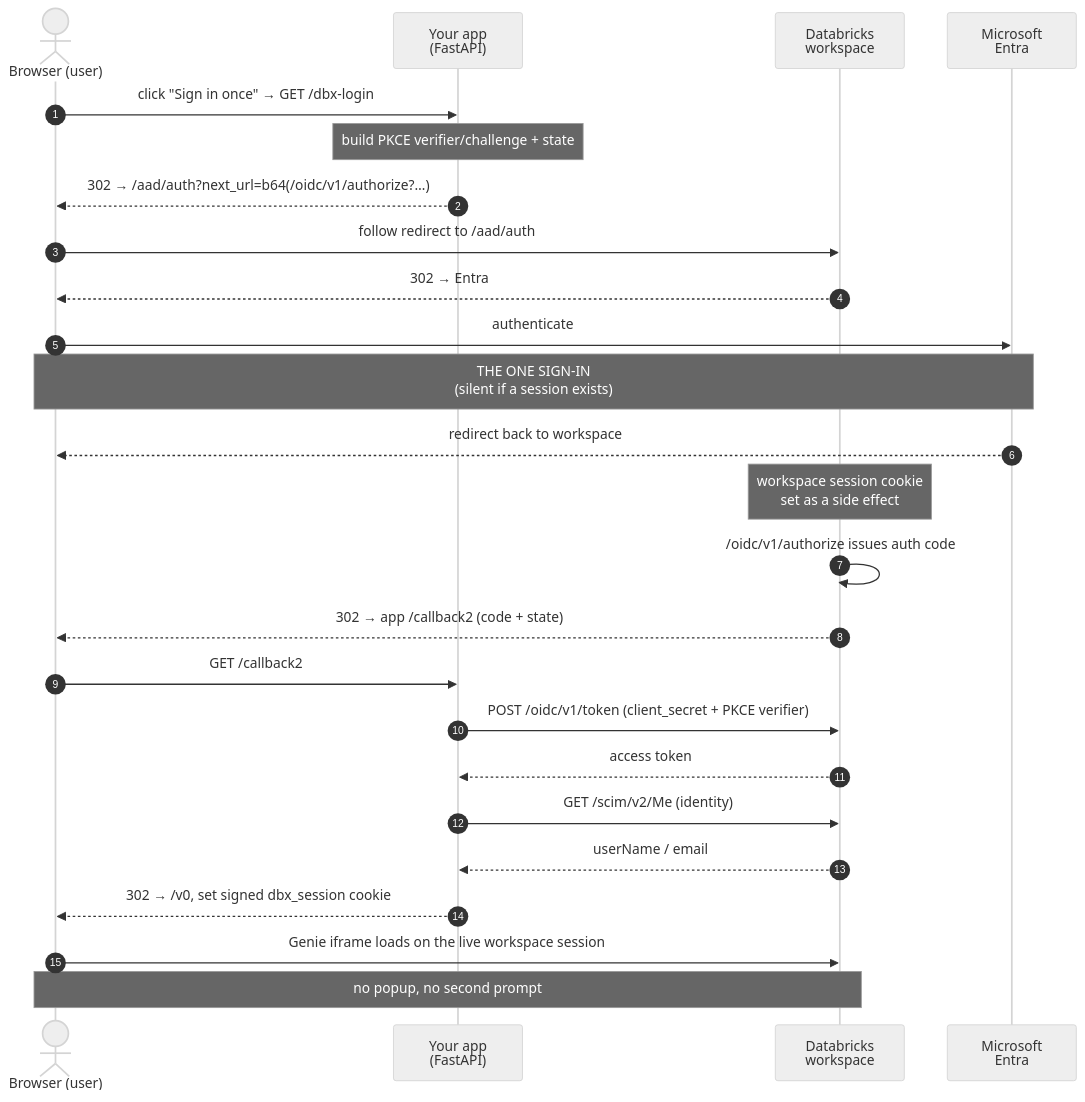
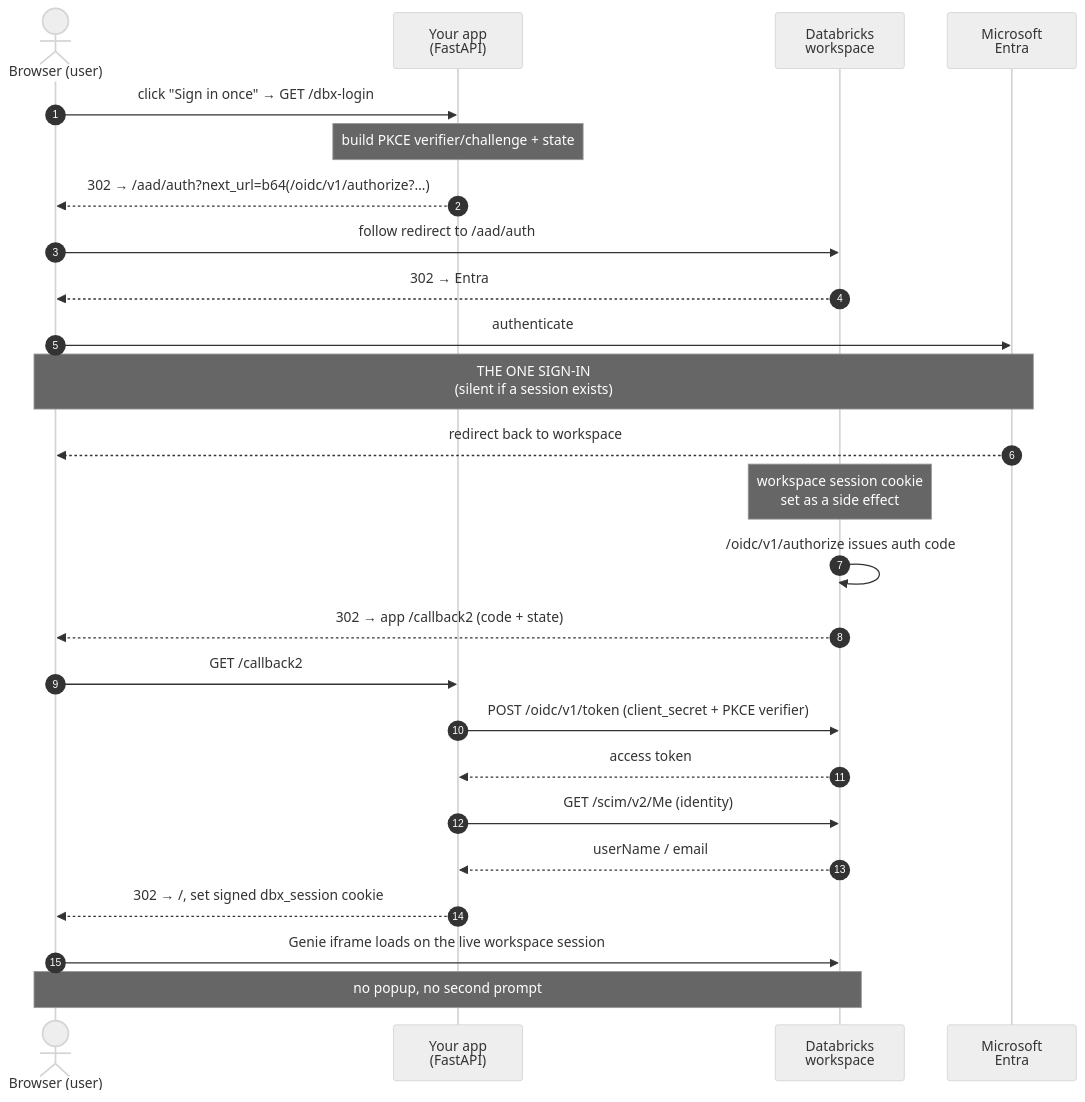
The second of 2 diagrams in README.md (sean-zhang-dbx/genie-sso-embedding), drawn with Mermaid (neutral theme) before and after one commit. The commit also changed other lines of this file and 2 other files, not shown here.

First line of the commit message:
Simplify to the zero-popup SSO flow only

````diff
--- a/README.md
+++ b/README.md
@@ -81,28 +77,28 @@
 ```mermaid
 sequenceDiagram
     autonumber
     actor U as Browser (user)
     participant A as Your app<br/>(FastAPI)
     participant W as Databricks<br/>workspace
     participant E as Microsoft<br/>Entra
 
     U->>A: click "Sign in once" → GET /dbx-login
     Note over A: build PKCE verifier/challenge + state
     A-->>U: 302 → /aad/auth?next_url=b64(/oidc/v1/authorize?…)
     U->>W: follow redirect to /aad/auth
     W-->>U: 302 → Entra
     U->>E: authenticate
     Note over U,E: THE ONE SIGN-IN<br/>(silent if a session exists)
     E-->>U: redirect back to workspace
     Note over W: workspace session cookie<br/>set as a side effect
     W->>W: /oidc/v1/authorize issues auth code
     W-->>U: 302 → app /callback2 (code + state)
     U->>A: GET /callback2
     A->>W: POST /oidc/v1/token (client_secret + PKCE verifier)
     W-->>A: access token
     A->>W: GET /scim/v2/Me (identity)
     W-->>A: userName / email
-    A-->>U: 302 → /v0, set signed dbx_session cookie
+    A-->>U: 302 → /, set signed dbx_session cookie
     U->>W: Genie iframe loads on the live workspace session
     Note over U,W: no popup, no second prompt
 ```
````
